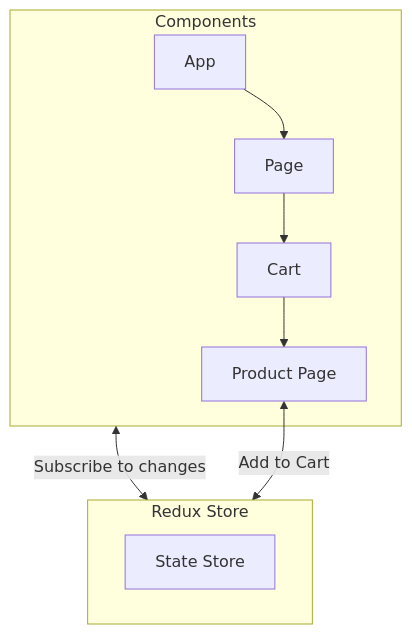
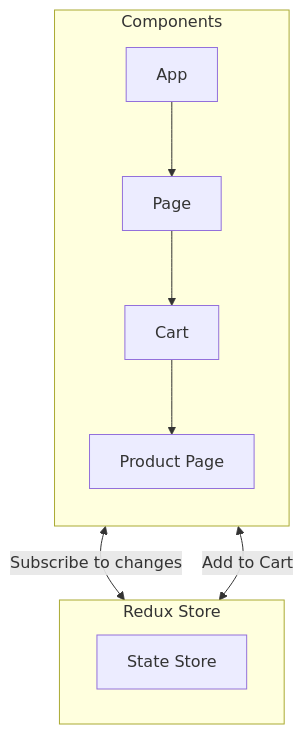
The second of 2 diagrams in InformationTechnology/WebDevelopment/redux.md (oreximus/learnings), drawn with Mermaid before and after one commit.

Commit message:
[nb] Edit: InformationTechnology/WebDevelopment/redux.md

````diff
--- a/InformationTechnology/WebDevelopment/redux.md
+++ b/InformationTechnology/WebDevelopment/redux.md
@@ -40,13 +40,14 @@
 ```mermaid
-flowchart TB
+flowchart TD
     subgraph id1["Components"]
+        direction TB
         A["App"] --> B["Page"]
         B --> C["Cart"]
         C --> D["Product Page"]
     end
     subgraph id2["Redux Store"]
         F["State Store"]
     end
-    id1 <-- "Subscribe to changes" --> id2
+    C <-- "Subscribe to changes" --> id2
     D <-- "Add to Cart" --> id2
 ```
````
